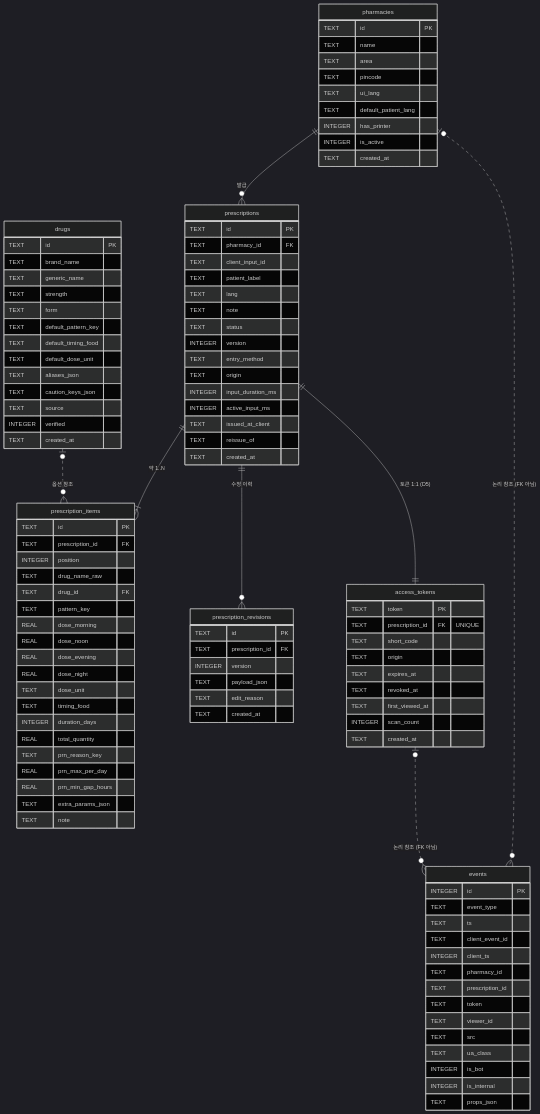
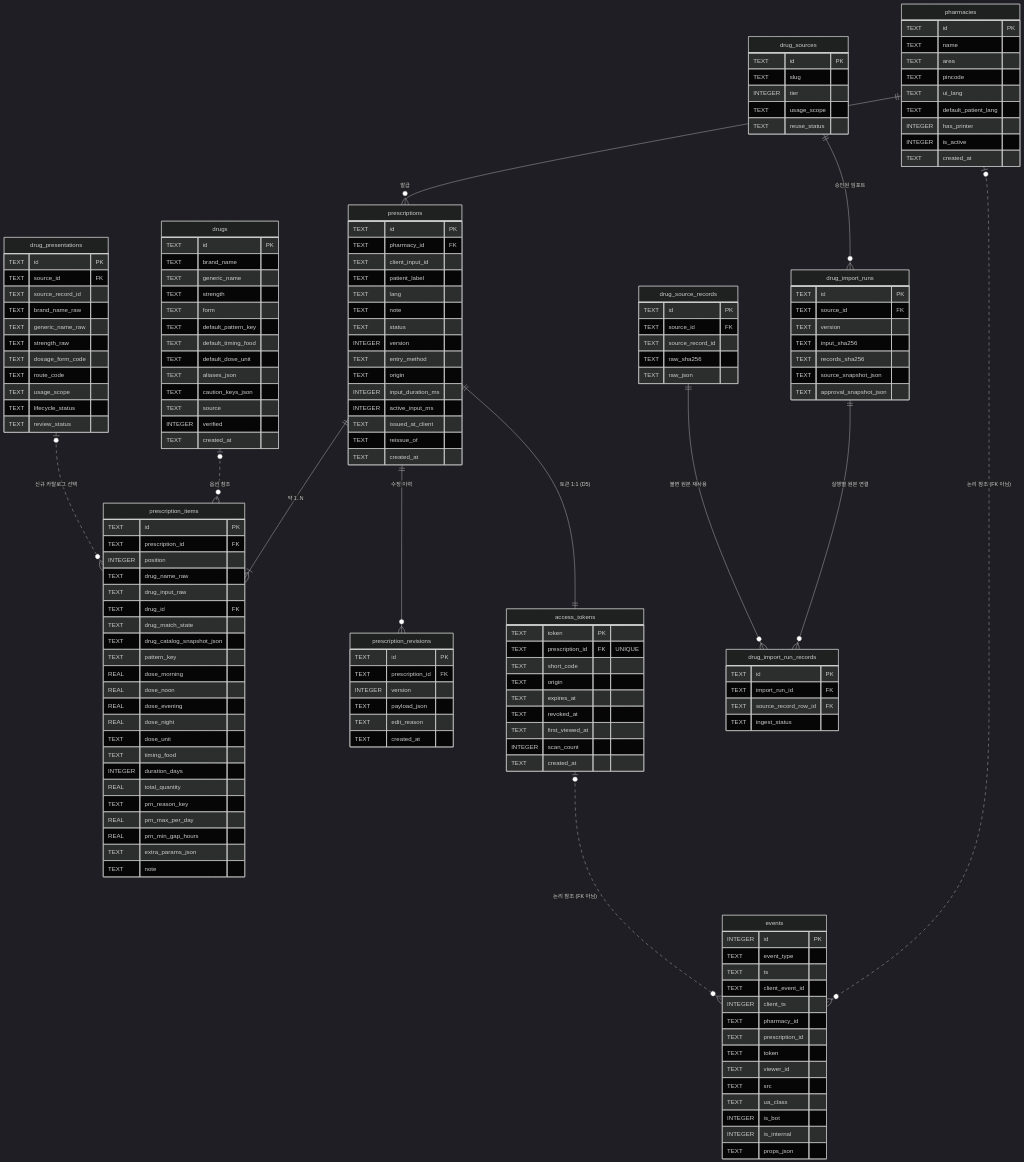
One commit to sejongwang/indorogagi changed the fifth of 6 diagrams in docs/01-dataflow.md. Above: the diagram before and after it, drawn with Mermaid (dark theme). The commit also changed other lines of this file and 54 other files, not shown here.

````diff
--- a/docs/01-dataflow.md
+++ b/docs/01-dataflow.md
@@ -236,18 +236,27 @@
 ```mermaid
 erDiagram
     pharmacies ||--o{ prescriptions : "발급"
     prescriptions ||--|{ prescription_items : "약 1..N"
     prescriptions ||--o{ prescription_revisions : "수정 이력"
     prescriptions ||--|| access_tokens : "토큰 1:1 (D5)"
     drugs |o..o{ prescription_items : "옵션 참조"
+    drug_presentations |o..o{ prescription_items : "신규 카탈로그 선택"
+    drug_sources ||--o{ drug_import_runs : "승인된 임포트"
+    drug_import_runs ||--o{ drug_import_run_records : "실행별 원본 연결"
+    drug_source_records ||--o{ drug_import_run_records : "불변 원본 재사용"
     pharmacies |o..o{ events : "논리 참조 (FK 아님)"
     access_tokens |o..o{ events : "논리 참조 (FK 아님)"
 
     pharmacies { TEXT id PK  TEXT name  TEXT area  TEXT pincode  TEXT ui_lang  TEXT default_patient_lang  INTEGER has_printer  INTEGER is_active  TEXT created_at }
     prescriptions { TEXT id PK  TEXT pharmacy_id FK  TEXT client_input_id  TEXT patient_label  TEXT lang  TEXT note  TEXT status  INTEGER version  TEXT entry_method  TEXT origin  INTEGER input_duration_ms  INTEGER active_input_ms  TEXT issued_at_client  TEXT reissue_of  TEXT created_at }
-    prescription_items { TEXT id PK  TEXT prescription_id FK  INTEGER position  TEXT drug_name_raw  TEXT drug_id FK  TEXT pattern_key  REAL dose_morning  REAL dose_noon  REAL dose_evening  REAL dose_night  TEXT dose_unit  TEXT timing_food  INTEGER duration_days  REAL total_quantity  TEXT prn_reason_key  REAL prn_max_per_day  REAL prn_min_gap_hours  TEXT extra_params_json  TEXT note }
+    prescription_items { TEXT id PK  TEXT prescription_id FK  INTEGER position  TEXT drug_name_raw  TEXT drug_input_raw  TEXT drug_id FK  TEXT drug_match_state  TEXT drug_catalog_snapshot_json  TEXT pattern_key  REAL dose_morning  REAL dose_noon  REAL dose_evening  REAL dose_night  TEXT dose_unit  TEXT timing_food  INTEGER duration_days  REAL total_quantity  TEXT prn_reason_key  REAL prn_max_per_day  REAL prn_min_gap_hours  TEXT extra_params_json  TEXT note }
     prescription_revisions { TEXT id PK  TEXT prescription_id FK  INTEGER version  TEXT payload_json  TEXT edit_reason  TEXT created_at }
     access_tokens { TEXT token PK  TEXT prescription_id FK "UNIQUE"  TEXT short_code  TEXT origin  TEXT expires_at  TEXT revoked_at  TEXT first_viewed_at  INTEGER scan_count  TEXT created_at }
     drugs { TEXT id PK  TEXT brand_name  TEXT generic_name  TEXT strength  TEXT form  TEXT default_pattern_key  TEXT default_timing_food  TEXT default_dose_unit  TEXT aliases_json  TEXT caution_keys_json  TEXT source  INTEGER verified  TEXT created_at }
+    drug_sources { TEXT id PK  TEXT slug  INTEGER tier  TEXT usage_scope  TEXT reuse_status }
+    drug_import_runs { TEXT id PK  TEXT source_id FK  TEXT version  TEXT input_sha256  TEXT records_sha256  TEXT source_snapshot_json  TEXT approval_snapshot_json }
+    drug_import_run_records { TEXT id PK  TEXT import_run_id FK  TEXT source_record_row_id FK  TEXT ingest_status }
+    drug_source_records { TEXT id PK  TEXT source_id FK  TEXT source_record_id  TEXT raw_sha256  TEXT raw_json }
+    drug_presentations { TEXT id PK  TEXT source_id FK  TEXT source_record_id  TEXT brand_name_raw  TEXT generic_name_raw  TEXT strength_raw  TEXT dosage_form_code  TEXT route_code  TEXT usage_scope  TEXT lifecycle_status  TEXT review_status }
     events { INTEGER id PK  TEXT event_type  TEXT ts  TEXT client_event_id  INTEGER client_ts  TEXT pharmacy_id  TEXT prescription_id  TEXT token  TEXT viewer_id  TEXT src  TEXT ua_class  INTEGER is_bot  INTEGER is_internal  TEXT props_json }
 ```
````
